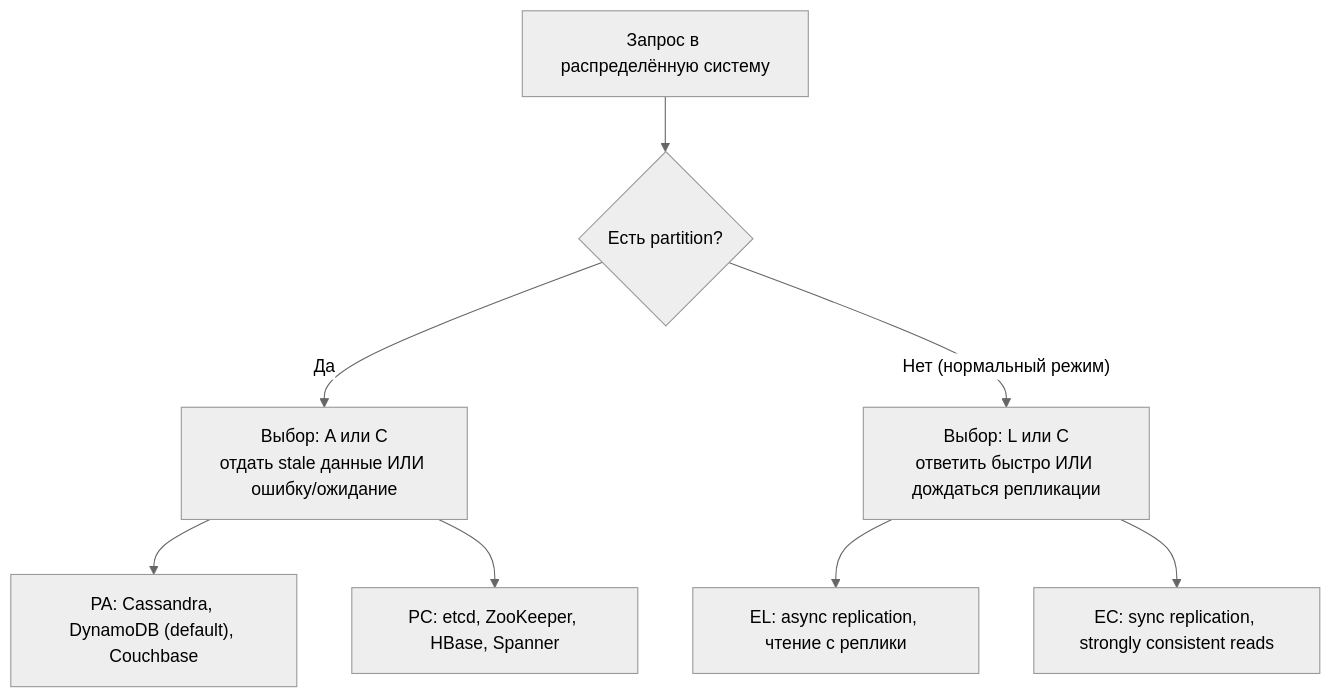
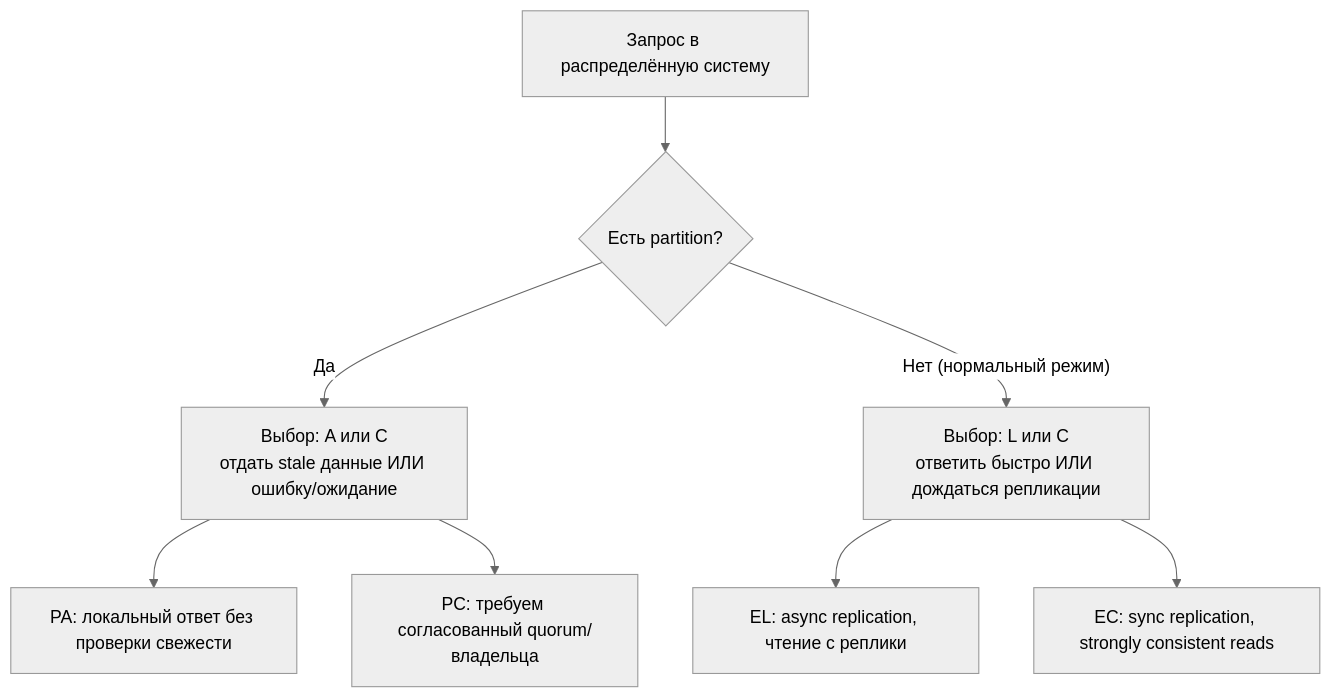
One commit to AlohaJava/system-design-interview-chamkin changed the second of 4 diagrams in 01-building-blocks/cap-and-consistency.md. Above: the diagram before and after it, drawn with Mermaid (neutral theme). The commit also changed other lines of this file and 49 other files, not shown here.

````diff
--- a/01-building-blocks/cap-and-consistency.md
+++ b/01-building-blocks/cap-and-consistency.md
@@ -162,10 +157,10 @@
 ```mermaid
 flowchart TD
     Q["Запрос в распределённую систему"] --> P{"Есть partition?"}
     P -->|"Да"| PA["Выбор: A или C<br/>отдать stale данные ИЛИ ошибку/ожидание"]
     P -->|"Нет (нормальный режим)"| EL["Выбор: L или C<br/>ответить быстро ИЛИ дождаться репликации"]
-    PA --> PA1["PA: Cassandra, DynamoDB (default), Couchbase"]
-    PA --> PA2["PC: etcd, ZooKeeper, HBase, Spanner"]
+    PA --> PA1["PA: локальный ответ без проверки свежести"]
+    PA --> PA2["PC: требуем согласованный quorum/владельца"]
     EL --> EL1["EL: async replication, чтение с реплики"]
     EL --> EL2["EC: sync replication, strongly consistent reads"]
 ```
````
